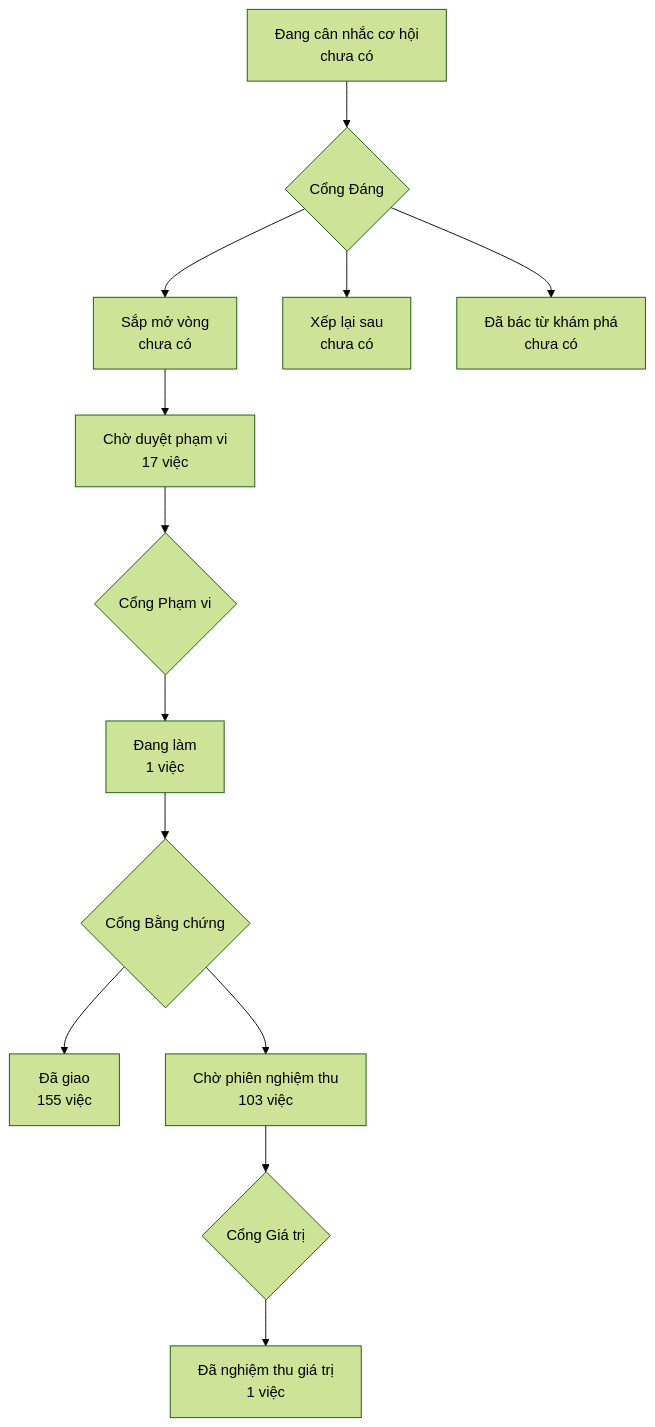
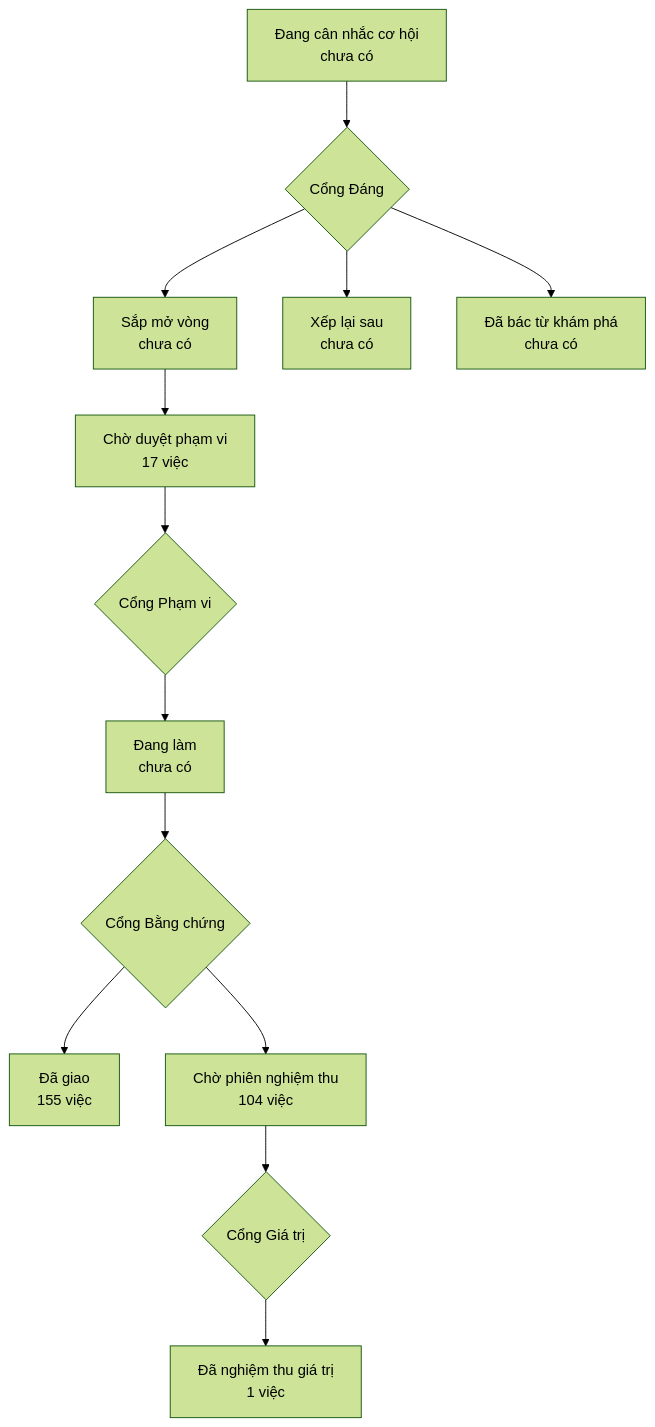
One commit to phanlemanh/onehub-invest changed the diagram in PRODUCT-MAP.md. Above: the diagram before and after it, drawn with Mermaid (forest theme). The commit also changed other lines of this file and 4 other files, not shown here.

````diff
--- a/PRODUCT-MAP.md
+++ b/PRODUCT-MAP.md
@@ -7,12 +7,12 @@
 ```mermaid
 flowchart TD
   A["Đang cân nhắc cơ hội<br/>chưa có"] --> GD{"Cổng Đáng"}
   GD --> B["Sắp mở vòng<br/>chưa có"]
   GD --> XL["Xếp lại sau<br/>chưa có"]
   GD --> DB["Đã bác từ khám phá<br/>chưa có"]
   B --> CD["Chờ duyệt phạm vi<br/>17 việc"] --> GP{"Cổng Phạm vi"}
-  GP --> DL["Đang làm<br/>1 việc"] --> GB{"Cổng Bằng chứng"}
+  GP --> DL["Đang làm<br/>chưa có"] --> GB{"Cổng Bằng chứng"}
   GB --> DG["Đã giao<br/>155 việc"]
-  GB --> CN["Chờ phiên nghiệm thu<br/>103 việc"] --> GG{"Cổng Giá trị"}
+  GB --> CN["Chờ phiên nghiệm thu<br/>104 việc"] --> GG{"Cổng Giá trị"}
   GG --> NT["Đã nghiệm thu giá trị<br/>1 việc"]
 ```
````
